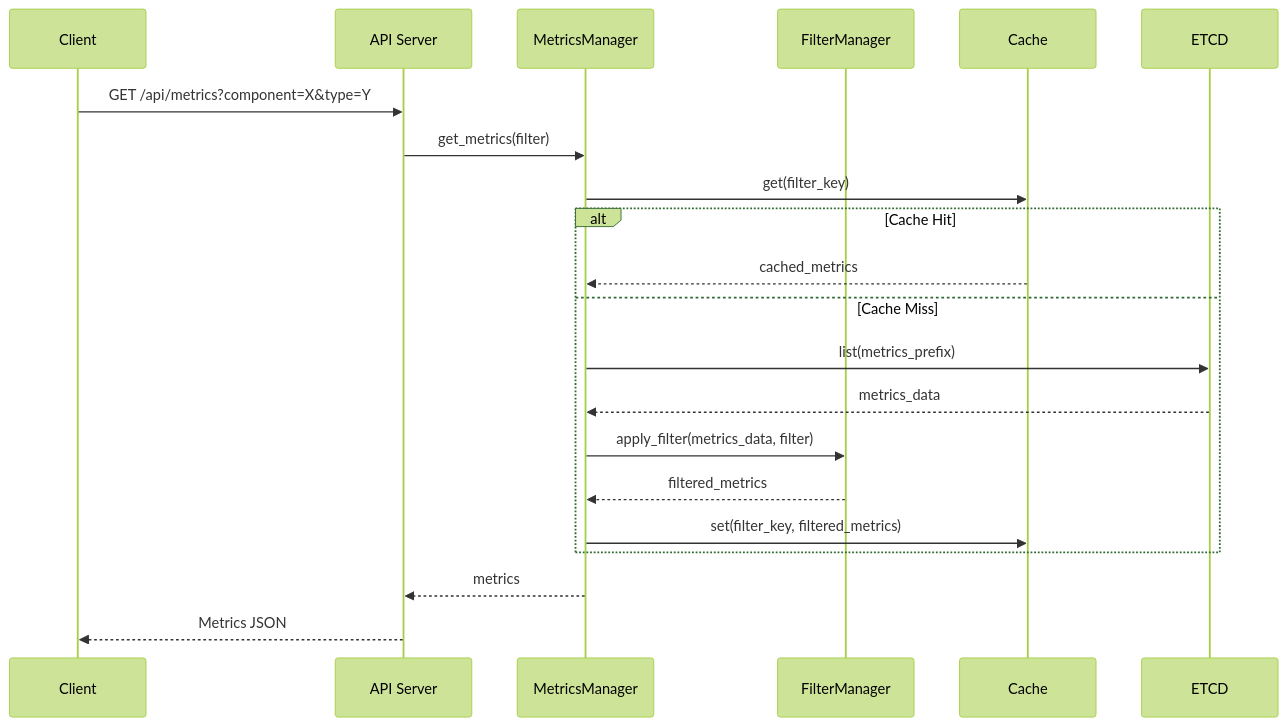
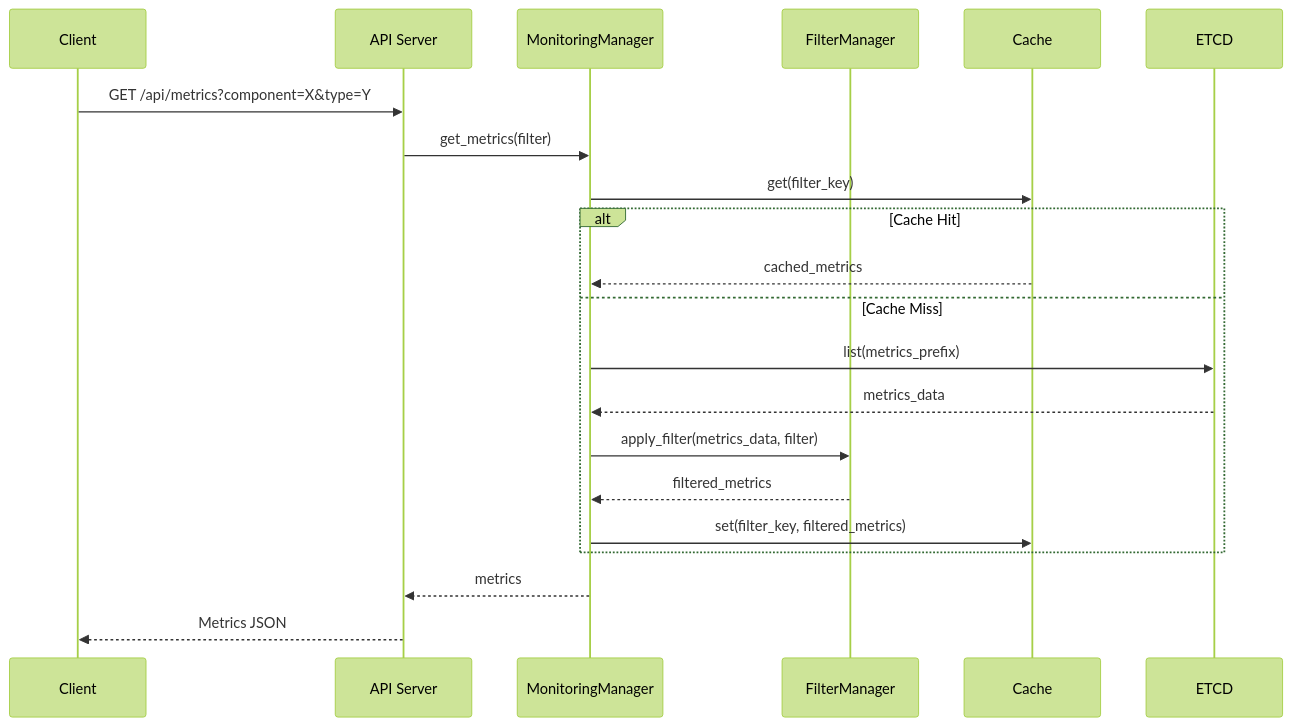
The second of 3 diagrams in doc/architecture/KR/3.LLD/settingsservice.md (youngtaekiim/pullpiri), drawn with Mermaid (forest theme) before and after one commit. The commit also changed other lines of this file, not shown here.

````diff
--- a/doc/architecture/KR/3.LLD/settingsservice.md
+++ b/doc/architecture/KR/3.LLD/settingsservice.md
@@ -894,26 +1489,26 @@
 ```mermaid
 sequenceDiagram
     participant Client
     participant API as API Server
-    participant MM as MetricsManager
+    participant MM as MonitoringManager
     participant FM as FilterManager
     participant Cache
     participant ETCD
 
     Client->>API: GET /api/metrics?component=X&type=Y
     API->>MM: get_metrics(filter)
     MM->>Cache: get(filter_key)
     
     alt Cache Hit
         Cache-->>MM: cached_metrics
     else Cache Miss
         MM->>ETCD: list(metrics_prefix)
         ETCD-->>MM: metrics_data
         MM->>FM: apply_filter(metrics_data, filter)
         FM-->>MM: filtered_metrics
         MM->>Cache: set(filter_key, filtered_metrics)
     end
     
     MM-->>API: metrics
     API-->>Client: Metrics JSON
 ```
````
